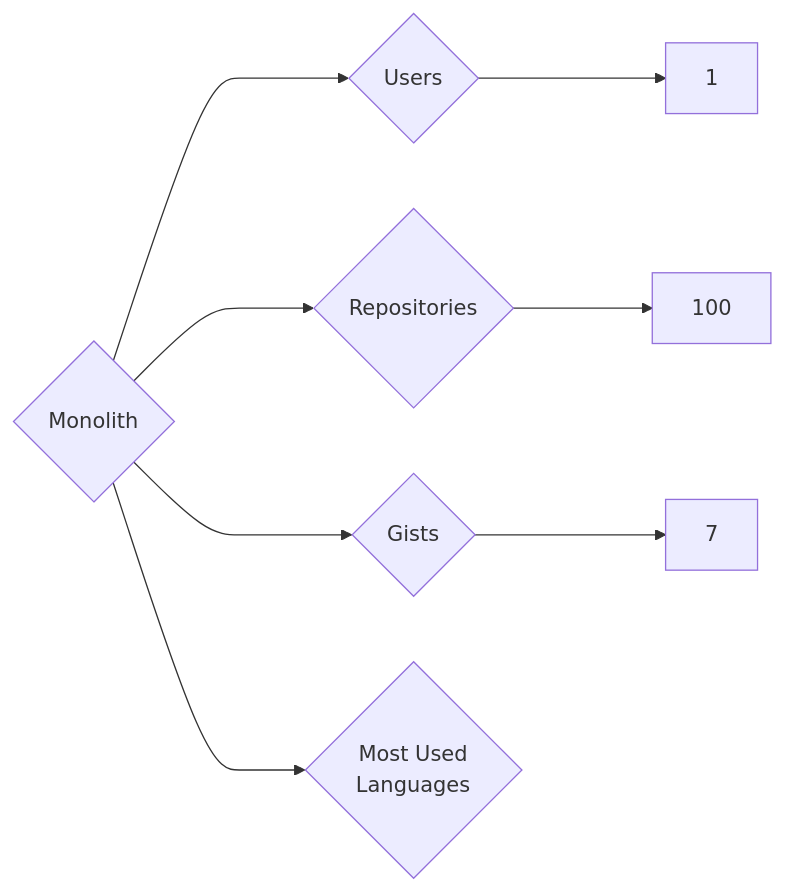
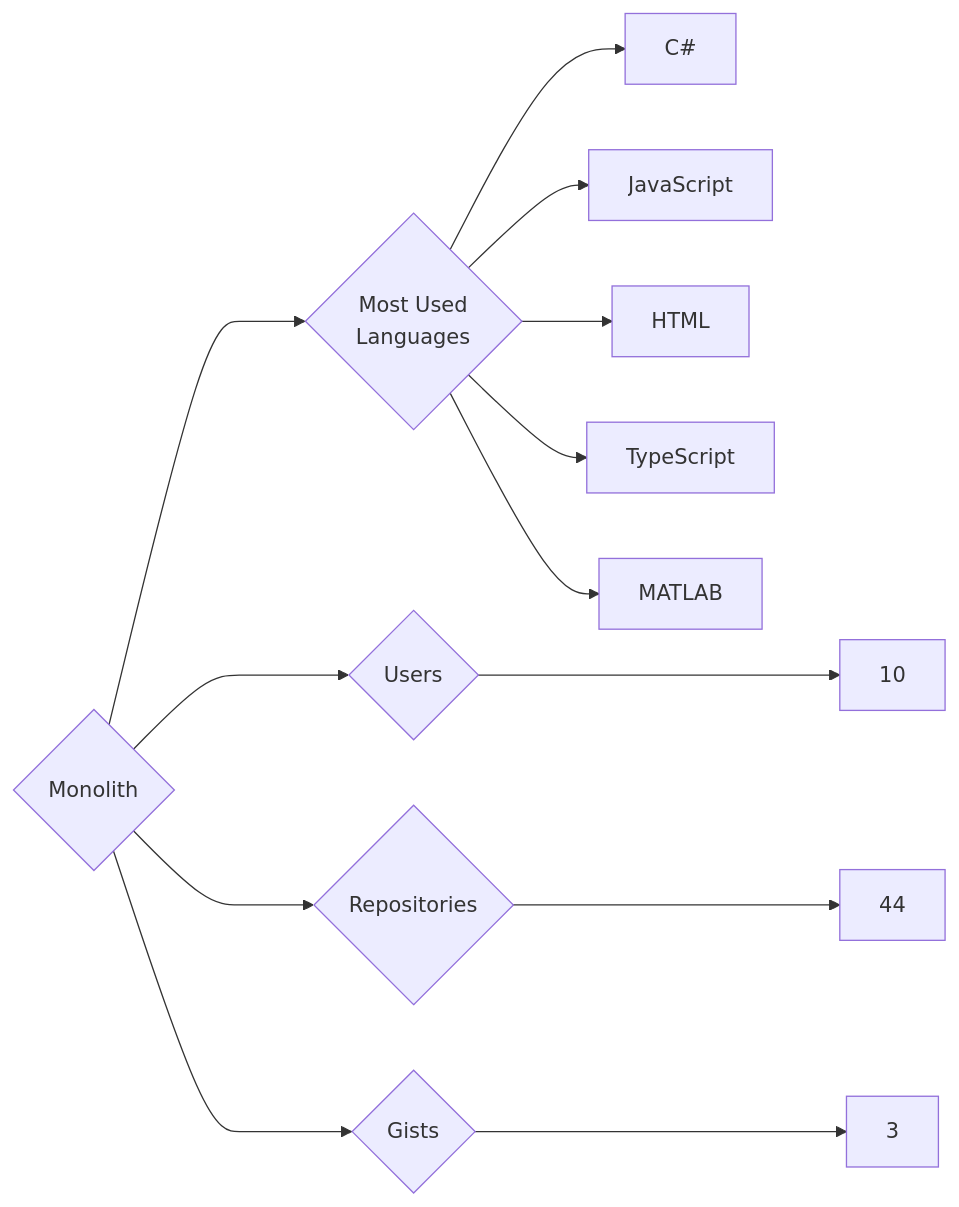
Before and after one commit to trickest/insiders: the diagram in targets/Monolith/README.md, drawn with Mermaid. The commit also changed 1696 other files, not shown here.

````diff
--- a/targets/Monolith/README.md
+++ b/targets/Monolith/README.md
@@ -3,8 +3,13 @@
 ```mermaid
 graph LR
 COMPANY_NAME{Monolith}
-COMPANY_NAME ---> U{Users} ---> UN[1]
-COMPANY_NAME ---> R{Repositories} ---> RN[100]
-COMPANY_NAME ---> G{Gists} ---> GN[7]
+COMPANY_NAME ---> U{Users} ---> UN[10]
+COMPANY_NAME ---> R{Repositories} ---> RN[44]
+COMPANY_NAME ---> G{Gists} ---> GN[3]
 COMPANY_NAME ---> ML{Most Used<br>Languages}
+ML --> C#[C#]
+ML --> JavaScript[JavaScript]
+ML --> HTML[HTML]
+ML --> TypeScript[TypeScript]
+ML --> MATLAB[MATLAB]
 ```
````
